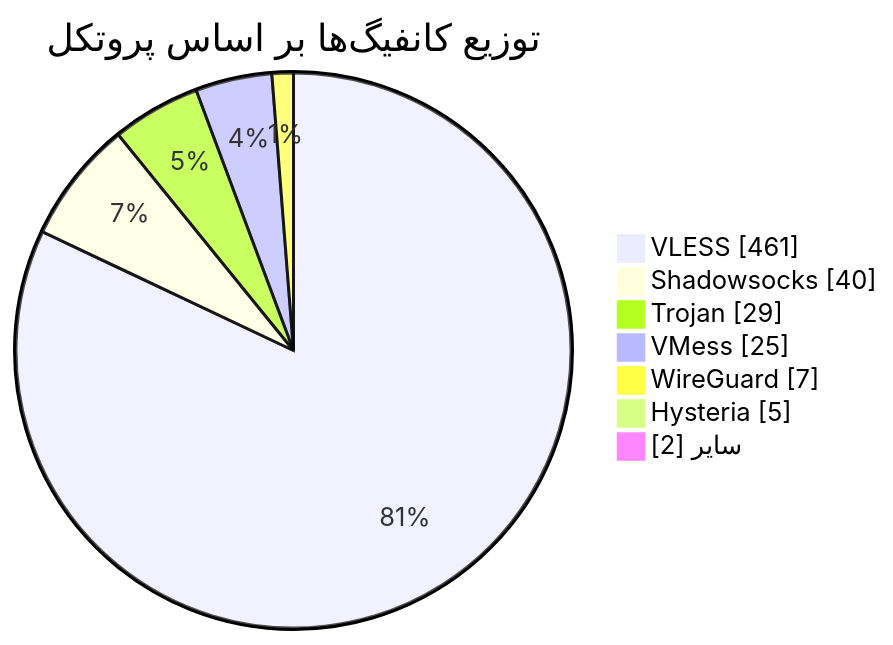
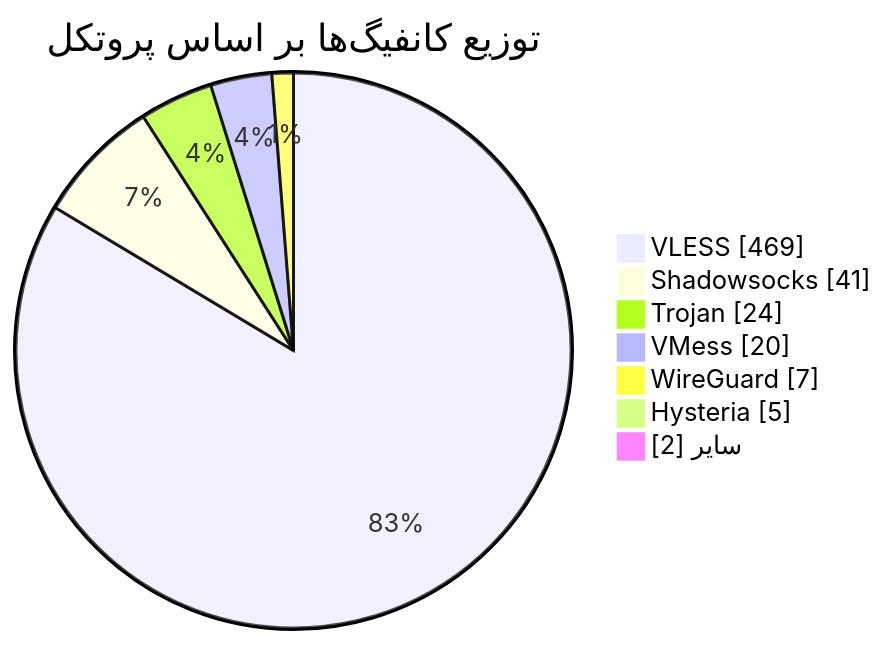
One commit to Arian-Alijani/Somthing changed the diagram in README.md. Above: the diagram before and after it, drawn with Mermaid. The commit also changed other lines of this file and 83 other files, not shown here.

````diff
--- a/README.md
+++ b/README.md
@@ -49,11 +49,11 @@
 ```mermaid
 pie showData
     title توزیع کانفیگ‌ها بر اساس پروتکل
-    "VLESS" : 461
-    "Shadowsocks" : 40
-    "Trojan" : 29
-    "VMess" : 25
+    "VLESS" : 469
+    "Shadowsocks" : 41
+    "Trojan" : 24
+    "VMess" : 20
     "WireGuard" : 7
     "Hysteria" : 5
     "سایر" : 2
 ```
````
